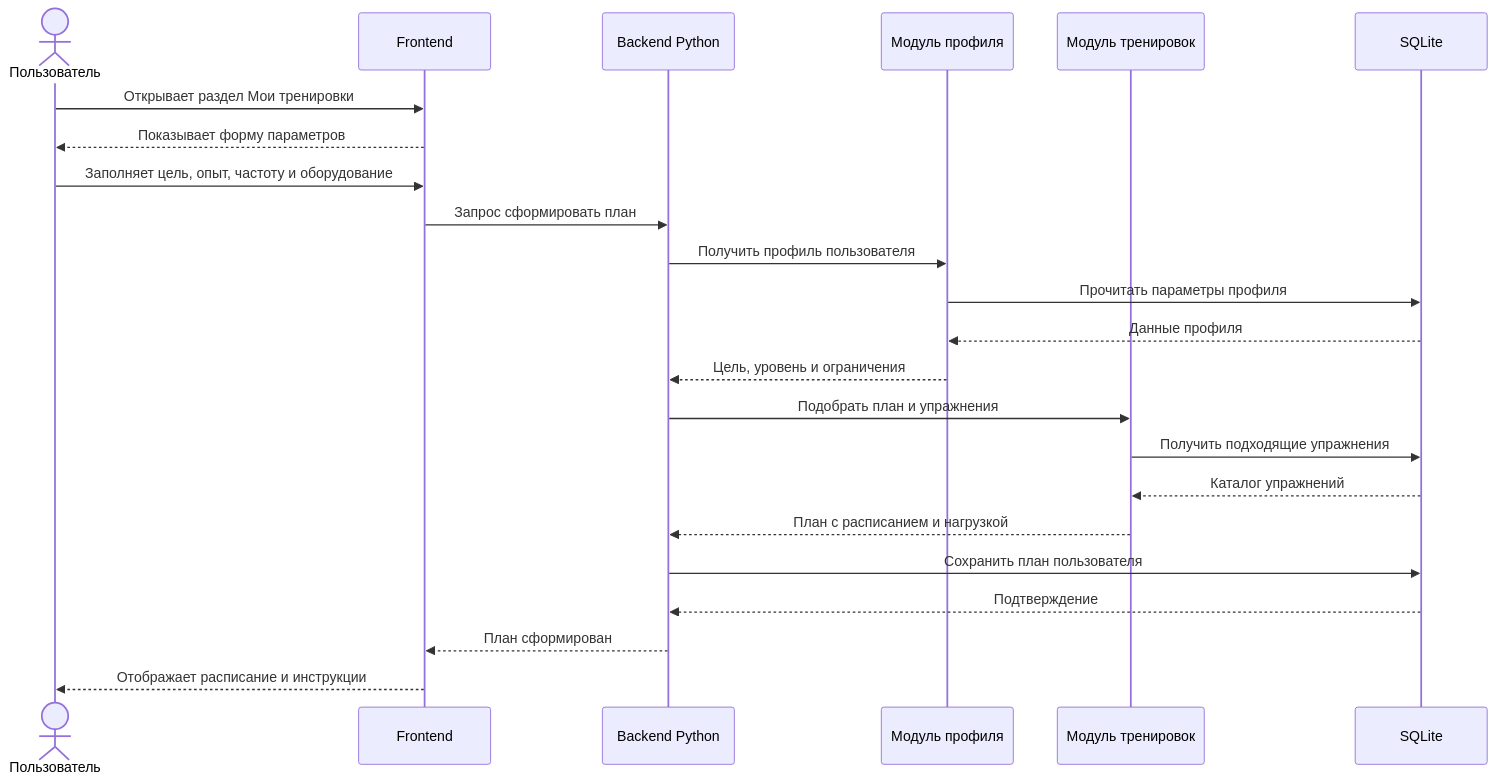
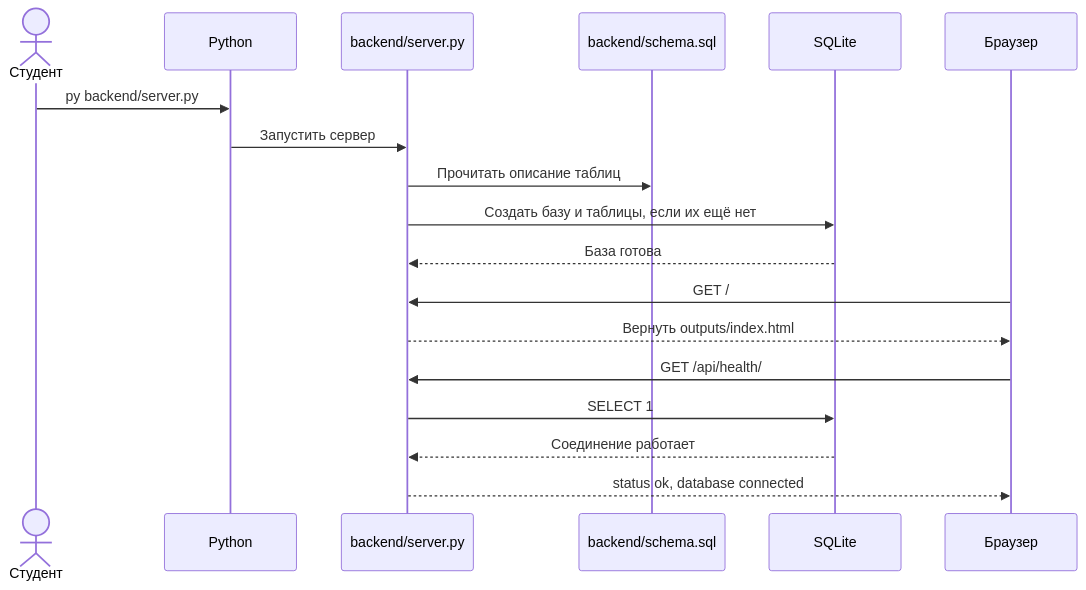
Before and after one commit to zdudanets-spec/individual-fitness-trainer: the first of 3 diagrams in sequence-diagram.md, drawn with Mermaid. The commit also changed other lines of this file and 9 other files, not shown here.

````diff
--- a/sequence-diagram.md
+++ b/sequence-diagram.md
@@ -7,25 +7,20 @@
 ```mermaid
 sequenceDiagram
-    actor U as Пользователь
-    participant F as Frontend
-    participant B as Backend Python
-    participant P as Модуль профиля
-    participant T as Модуль тренировок
-    participant D as SQLite
-    U->>F: Открывает раздел Мои тренировки
-    F-->>U: Показывает форму параметров
-    U->>F: Заполняет цель, опыт, частоту и оборудование
-    F->>B: Запрос сформировать план
-    B->>P: Получить профиль пользователя
-    P->>D: Прочитать параметры профиля
-    D-->>P: Данные профиля
-    P-->>B: Цель, уровень и ограничения
-    B->>T: Подобрать план и упражнения
-    T->>D: Получить подходящие упражнения
-    D-->>T: Каталог упражнений
-    T-->>B: План с расписанием и нагрузкой
-    B->>D: Сохранить план пользователя
-    D-->>B: Подтверждение
-    B-->>F: План сформирован
-    F-->>U: Отображает расписание и инструкции
+    actor Student as Студент
+    participant Python as Python
+    participant Server as backend/server.py
+    participant SQL as backend/schema.sql
+    participant DB as SQLite
+    participant Browser as Браузер
+    Student->>Python: py backend/server.py
+    Python->>Server: Запустить сервер
+    Server->>SQL: Прочитать описание таблиц
+    Server->>DB: Создать базу и таблицы, если их ещё нет
+    DB-->>Server: База готова
+    Browser->>Server: GET /
+    Server-->>Browser: Вернуть outputs/index.html
+    Browser->>Server: GET /api/health/
+    Server->>DB: SELECT 1
+    DB-->>Server: Соединение работает
+    Server-->>Browser: status ok, database connected
 ```
````
